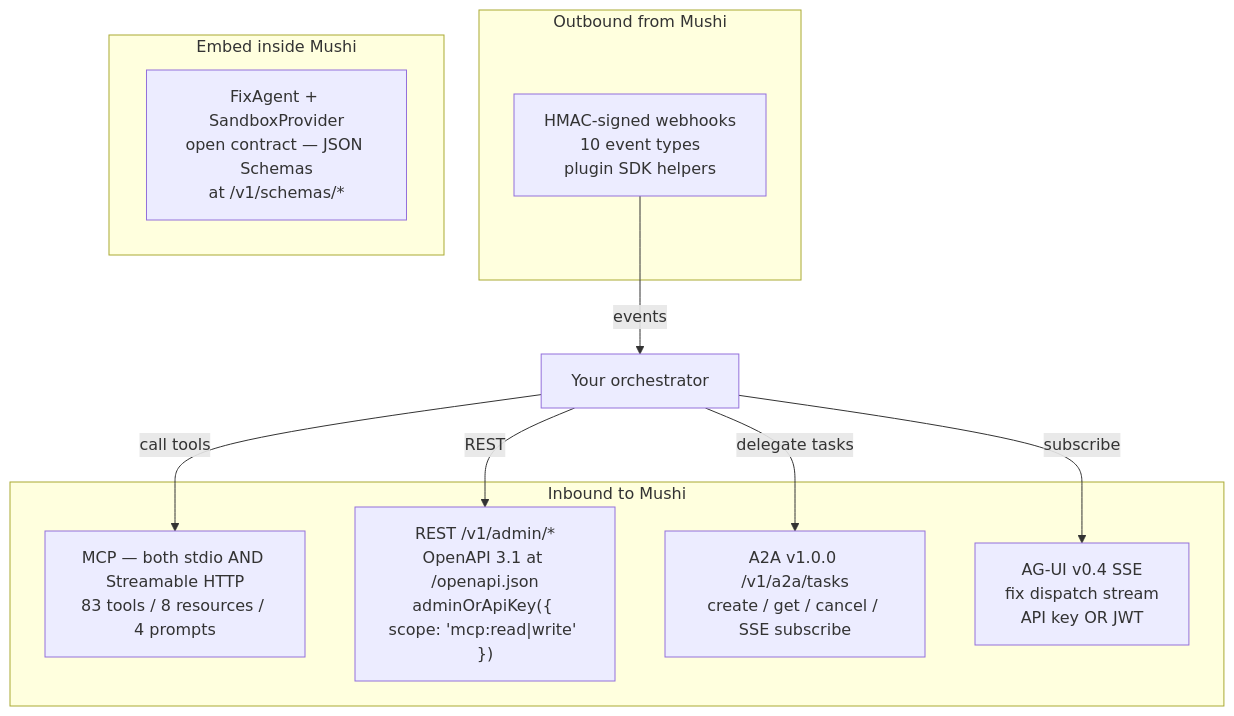
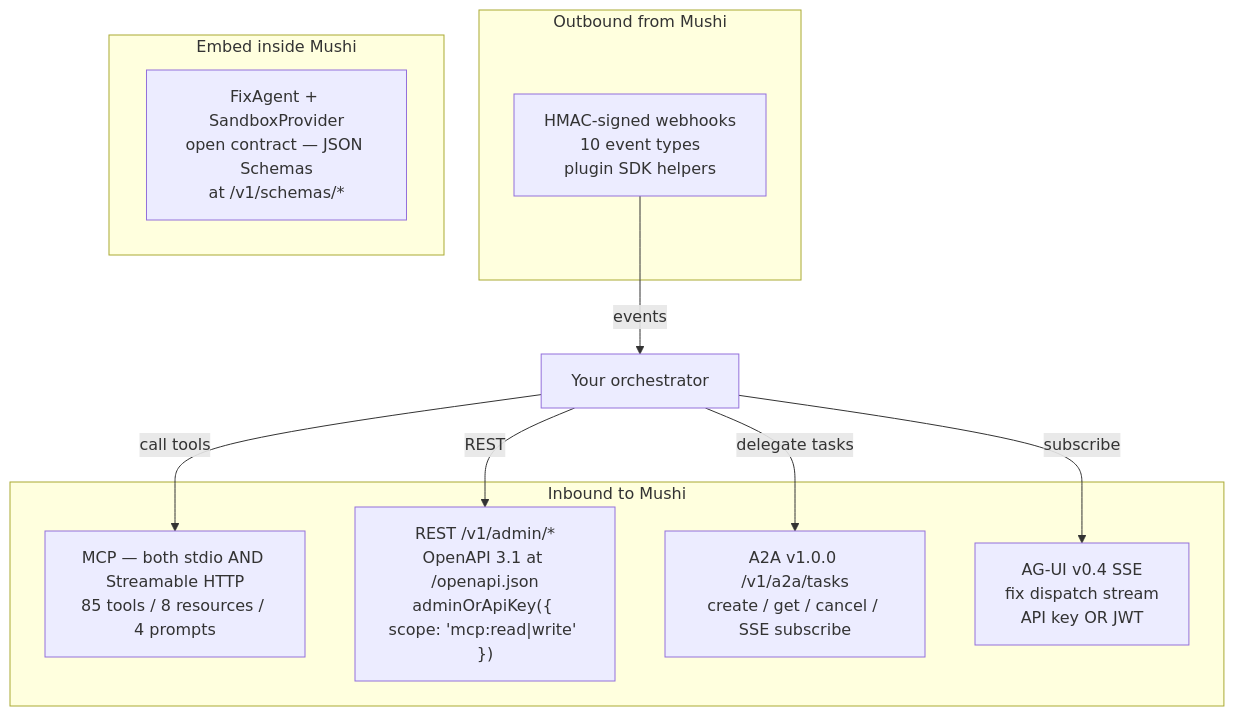
One commit to kensaurus/mushi-mushi changed the diagram in apps/docs/content/concepts/orchestrator-interop.mdx. Above: the diagram before and after it, drawn with Mermaid. The commit also changed other lines of this file and 37 other files, not shown here.

````diff
--- a/apps/docs/content/concepts/orchestrator-interop.mdx
+++ b/apps/docs/content/concepts/orchestrator-interop.mdx
@@ -32,20 +32,20 @@
 ```mermaid
 flowchart TB
   subgraph Inbound["Inbound to Mushi"]
-    MCP["MCP — both stdio AND Streamable HTTP<br/>83 tools / 8 resources / 4 prompts"]
+    MCP["MCP — both stdio AND Streamable HTTP<br/>85 tools / 8 resources / 4 prompts"]
     REST["REST /v1/admin/*<br/>OpenAPI 3.1 at /openapi.json<br/>adminOrApiKey({ scope: 'mcp:read|write' })"]
     A2A["A2A v1.0.0 /v1/a2a/tasks<br/>create / get / cancel / SSE subscribe"]
     AGUI["AG-UI v0.4 SSE<br/>fix dispatch stream<br/>API key OR JWT"]
   end
   subgraph Outbound["Outbound from Mushi"]
     Hooks["HMAC-signed webhooks<br/>10 event types<br/>plugin SDK helpers"]
   end
   subgraph Native["Embed inside Mushi"]
     FA["FixAgent + SandboxProvider<br/>open contract — JSON Schemas<br/>at /v1/schemas/*"]
   end
   Orch["Your orchestrator"] -->|"call tools"| MCP
   Orch -->|"REST"| REST
   Orch -->|"delegate tasks"| A2A
   Orch -->|"subscribe"| AGUI
   Hooks -->|"events"| Orch
 ```
````
